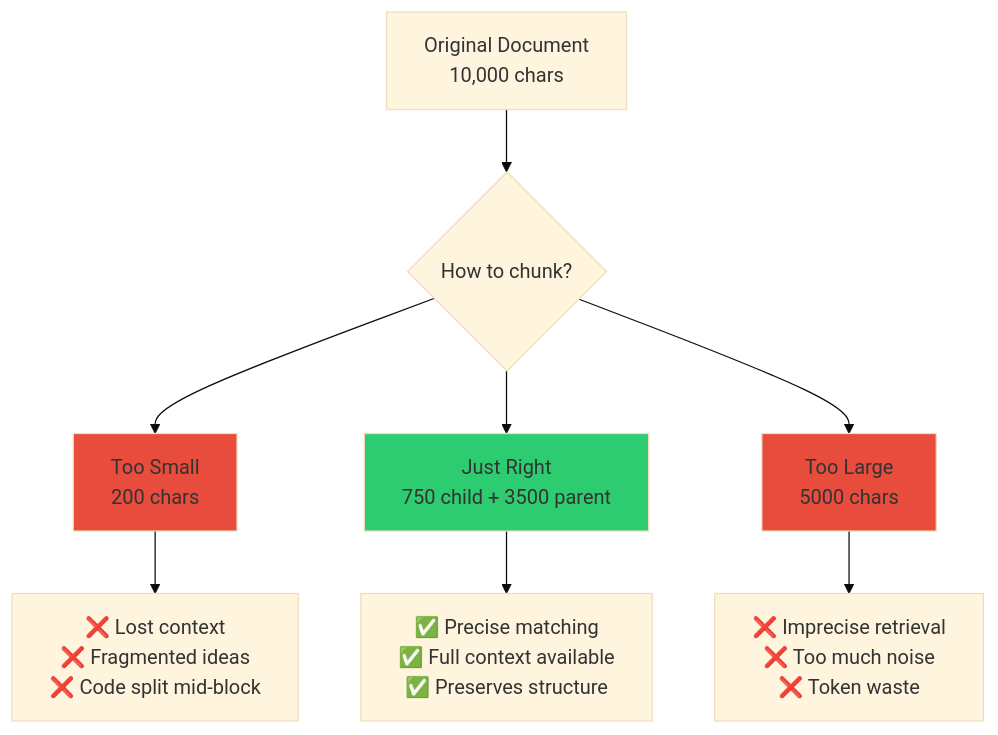
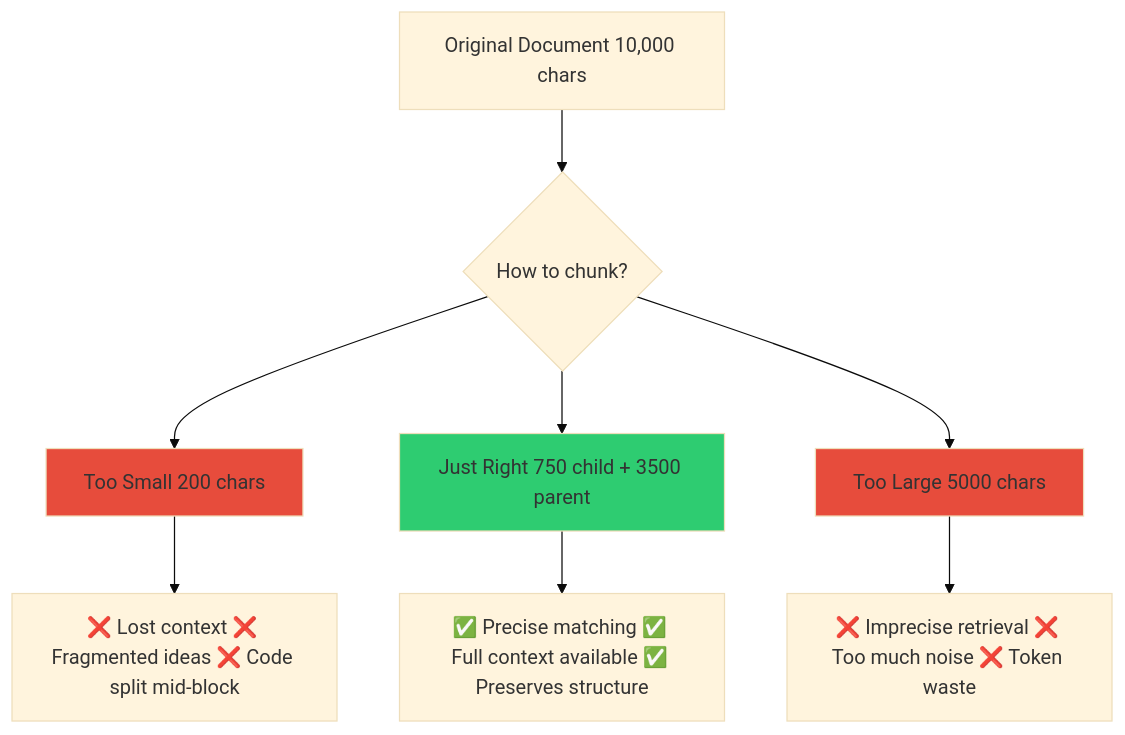
Before and after one commit to softwarewrighter/rag-demo: the first of 6 diagrams in wiki/Chunking-Strategies.md, drawn with Mermaid (base theme). The commit also changed other lines of this file and 7 other files, not shown here.

````diff
--- a/wiki/Chunking-Strategies.md
+++ b/wiki/Chunking-Strategies.md
@@ -26,16 +26,16 @@
 ```mermaid
 graph TD
-    Doc[Original Document<br/>10,000 chars] --> Problem{How to chunk?}
+    Doc[Original Document 10,000 chars] --> Problem{How to chunk?}
 
-    Problem --> Too[Too Small<br/>200 chars]
-    Problem --> Just[Just Right<br/>750 child + 3500 parent]
-    Problem --> Big[Too Large<br/>5000 chars]
+    Problem --> Too[Too Small 200 chars]
+    Problem --> Just[Just Right 750 child + 3500 parent]
+    Problem --> Big[Too Large 5000 chars]
 
-    Too --> L1[❌ Lost context<br/>❌ Fragmented ideas<br/>❌ Code split mid-block]
-    Just --> L2[✅ Precise matching<br/>✅ Full context available<br/>✅ Preserves structure]
-    Big --> L3[❌ Imprecise retrieval<br/>❌ Too much noise<br/>❌ Token waste]
+    Too --> L1[❌ Lost context ❌ Fragmented ideas ❌ Code split mid-block]
+    Just --> L2[✅ Precise matching ✅ Full context available ✅ Preserves structure]
+    Big --> L3[❌ Imprecise retrieval ❌ Too much noise ❌ Token waste]
 
     style Just fill:#2ecc71
     style Too fill:#e74c3c
     style Big fill:#e74c3c
 ```
````
